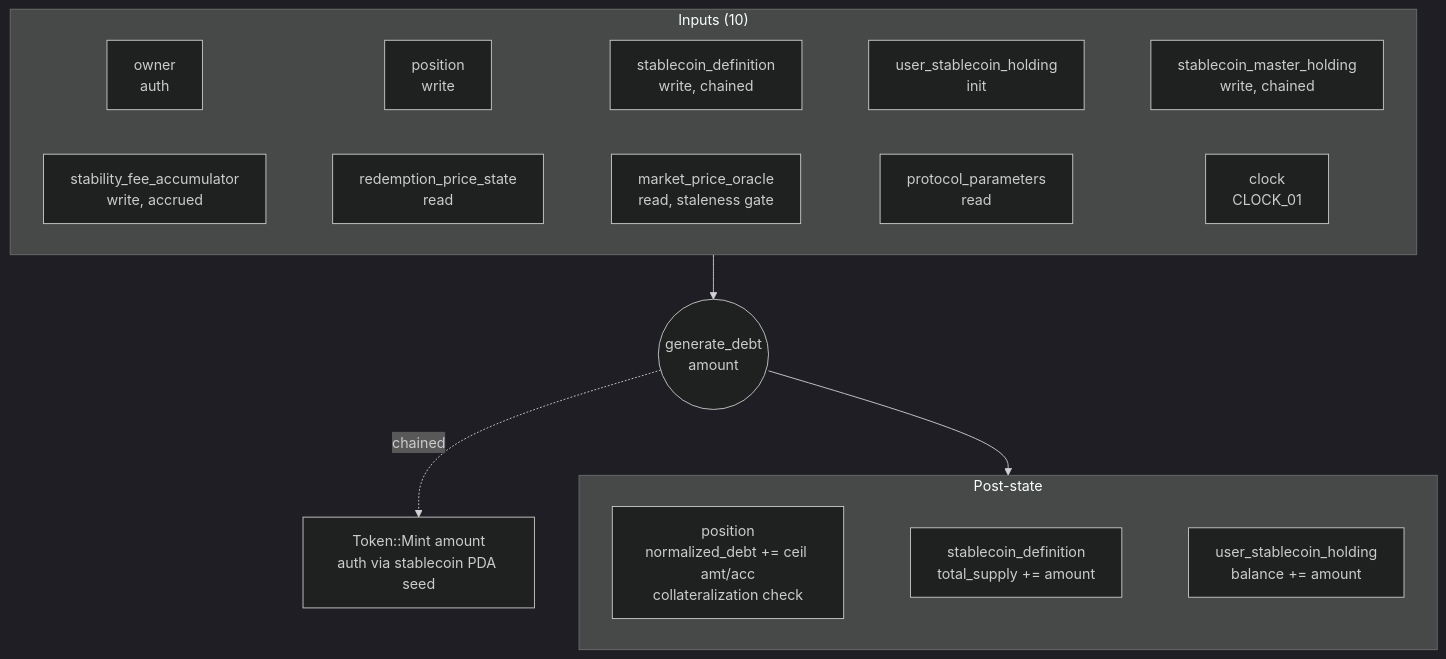
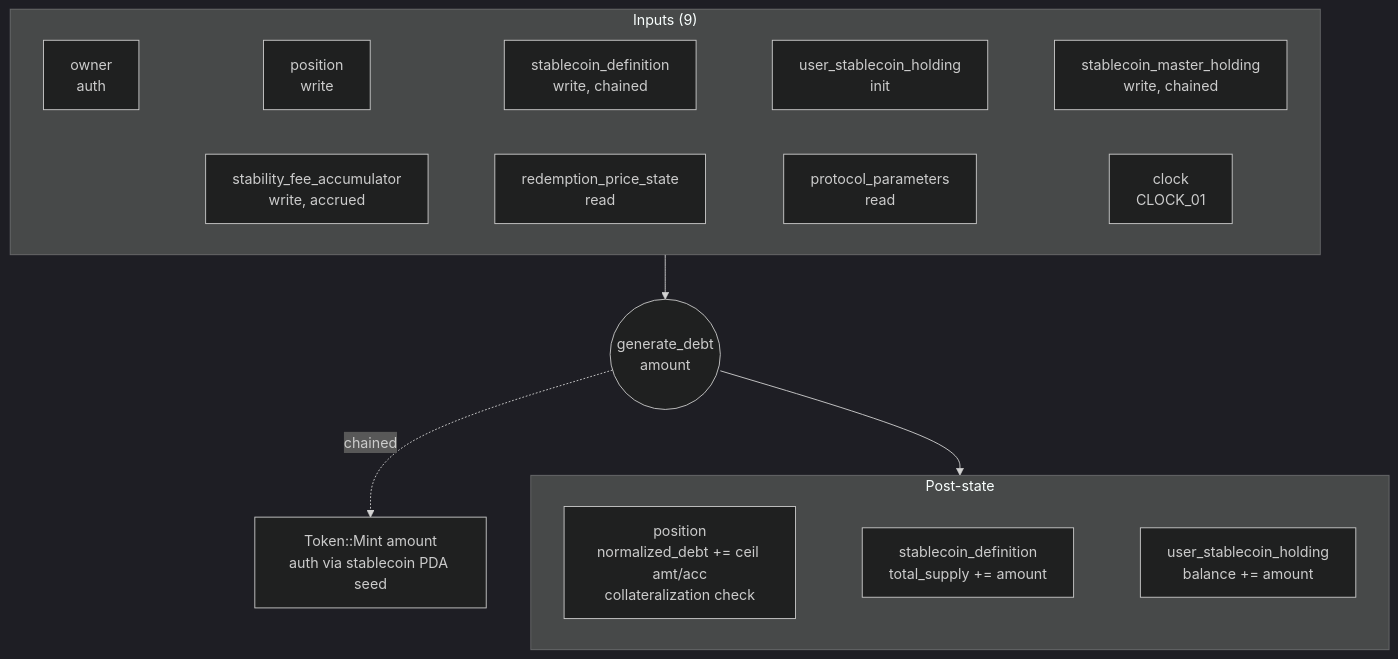
Before and after one commit to logos-blockchain/lez-programs: the tenth of 15 diagrams in docs/stablecoin/README.md, drawn with Mermaid (dark theme). The commit also changed other lines of this file and 16 other files, not shown here.

````diff
--- a/docs/stablecoin/README.md
+++ b/docs/stablecoin/README.md
@@ -1071,13 +1082,13 @@
 ```mermaid
 flowchart TD
-    subgraph In["Inputs (10)"]
+    subgraph In["Inputs (9)"]
         a1[owner<br/>auth] ~~~ a2[position<br/>write] ~~~ a3[stablecoin_definition<br/>write, chained] ~~~ a4[user_stablecoin_holding<br/>init] ~~~ a5[stablecoin_master_holding<br/>write, chained]
-        a6[stability_fee_accumulator<br/>write, accrued] ~~~ a7[redemption_price_state<br/>read] ~~~ a8[market_price_oracle<br/>read, staleness gate] ~~~ a9[protocol_parameters<br/>read] ~~~ a10[clock<br/>CLOCK_01]
+        a6[stability_fee_accumulator<br/>write, accrued] ~~~ a7[redemption_price_state<br/>read] ~~~ a8[protocol_parameters<br/>read] ~~~ a9[clock<br/>CLOCK_01]
     end
     subgraph Post["Post-state"]
         p1[position<br/>normalized_debt += ceil amt/acc<br/>collateralization check] ~~~ p2[stablecoin_definition<br/>total_supply += amount] ~~~ p3[user_stablecoin_holding<br/>balance += amount]
     end
     In --> Ins((generate_debt<br/>amount))
     Ins --> Post
     Ins -.chained.-> C1[Token::Mint amount<br/>auth via stablecoin PDA seed]
 ```
````
